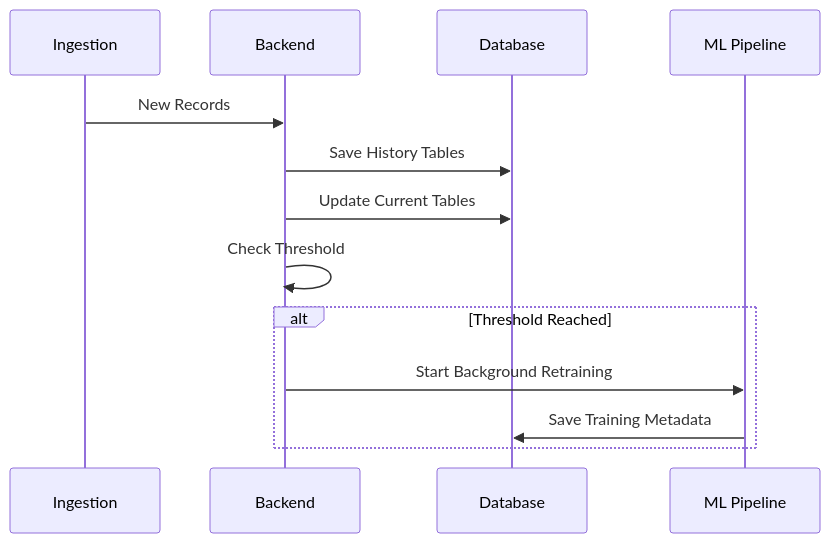
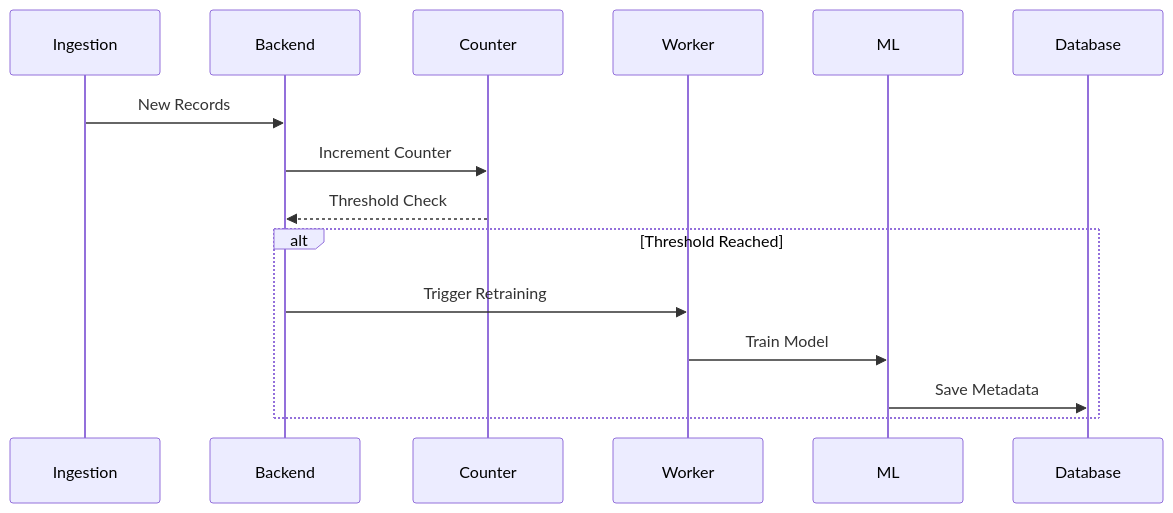
The sixth of 8 diagrams in README.md (SHATHISH-07/port-system), drawn with Mermaid before and after one commit. The commit also changed other lines of this file, not shown here.

````diff
--- a/README.md
+++ b/README.md
@@ -468,17 +523,21 @@
 ```mermaid
 sequenceDiagram
-    participant I as Ingestion
-    participant B as Backend
-    participant DB as Database
-    participant ML as ML Pipeline
 
-    I->>B: New Records
-    B->>DB: Save History Tables
-    B->>DB: Update Current Tables
-    B->>B: Check Threshold
+    participant Ingestion
+    participant Backend
+    participant Counter
+    participant Worker
+    participant ML
+    participant Database
+
+    Ingestion->>Backend: New Records
+    Backend->>Counter: Increment Counter
+
+    Counter-->>Backend: Threshold Check
 
     alt Threshold Reached
-        B->>ML: Start Background Retraining
-        ML->>DB: Save Training Metadata
+        Backend->>Worker: Trigger Retraining
+        Worker->>ML: Train Model
+        ML->>Database: Save Metadata
     end
 ```
````
